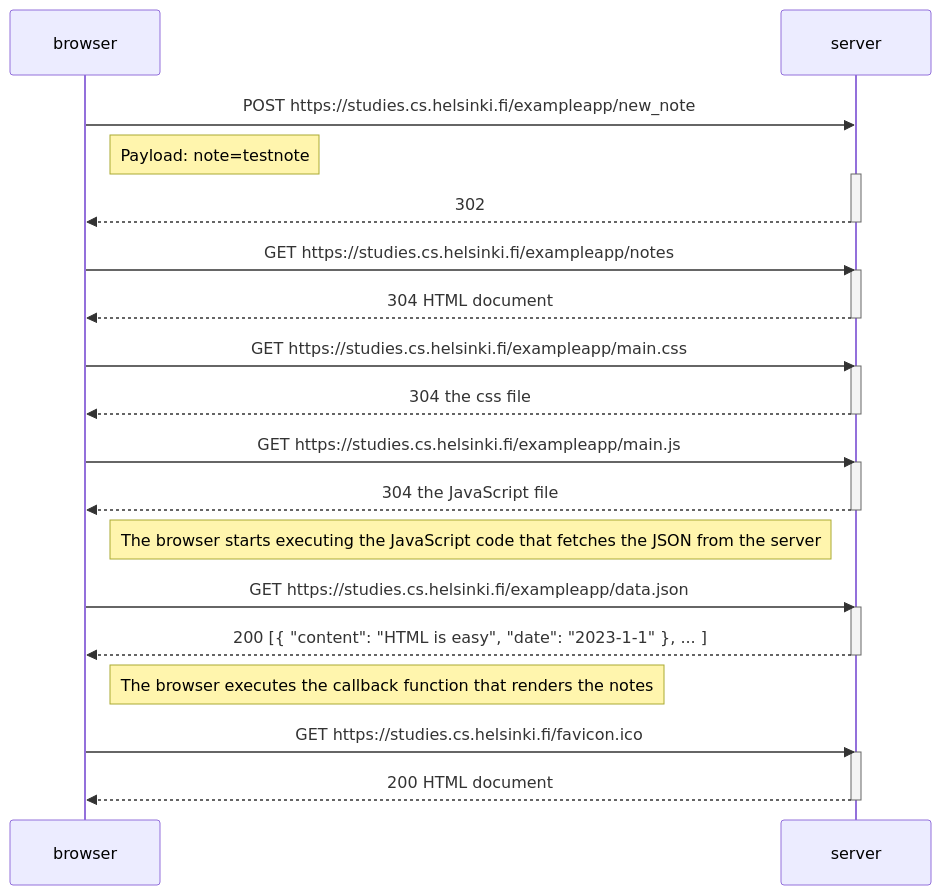
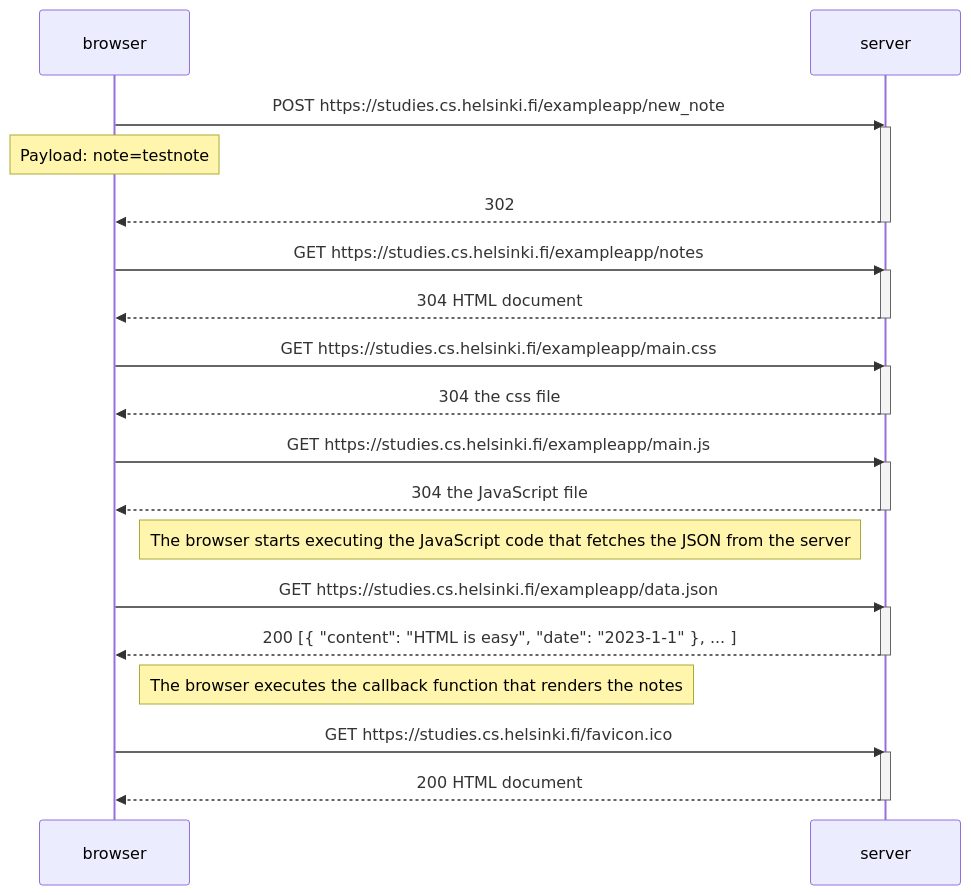
Before and after one commit to immosentomppa/fullstackopen: the diagram in part0/newnotediagram.md, drawn with Mermaid.

````diff
--- a/part0/newnotediagram.md
+++ b/part0/newnotediagram.md
@@ -2,40 +2,40 @@
 ```mermaid
 sequenceDiagram
     participant browser
     participant server
     
     browser->>server: POST https://studies.cs.helsinki.fi/exampleapp/new_note
-    Note right of browser: Payload: note=testnote
     activate server
+    Note over browser: Payload: note=testnote
     server-->>browser: 302
     deactivate server
 
     browser->>server: GET https://studies.cs.helsinki.fi/exampleapp/notes
     activate server
     server-->>browser: 304 HTML document
     deactivate server
 
     browser->>server: GET https://studies.cs.helsinki.fi/exampleapp/main.css
     activate server
     server-->>browser: 304 the css file
     deactivate server
 
     browser->>server: GET https://studies.cs.helsinki.fi/exampleapp/main.js
     activate server
     server-->>browser: 304 the JavaScript file
     deactivate server
 
     Note right of browser: The browser starts executing the JavaScript code that fetches the JSON from the server
 
     browser->>server: GET https://studies.cs.helsinki.fi/exampleapp/data.json
     activate server
     server-->>browser: 200 [{ "content": "HTML is easy", "date": "2023-1-1" }, ... ]
     deactivate server
 
     Note right of browser: The browser executes the callback function that renders the notes
     
     browser->>server: GET https://studies.cs.helsinki.fi/favicon.ico
     activate server
     server-->>browser: 200 HTML document
     deactivate server
 ```    
````
